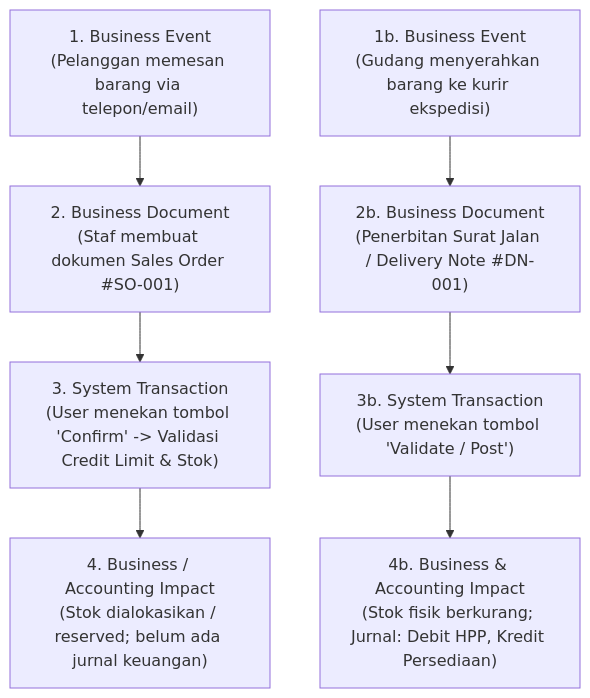
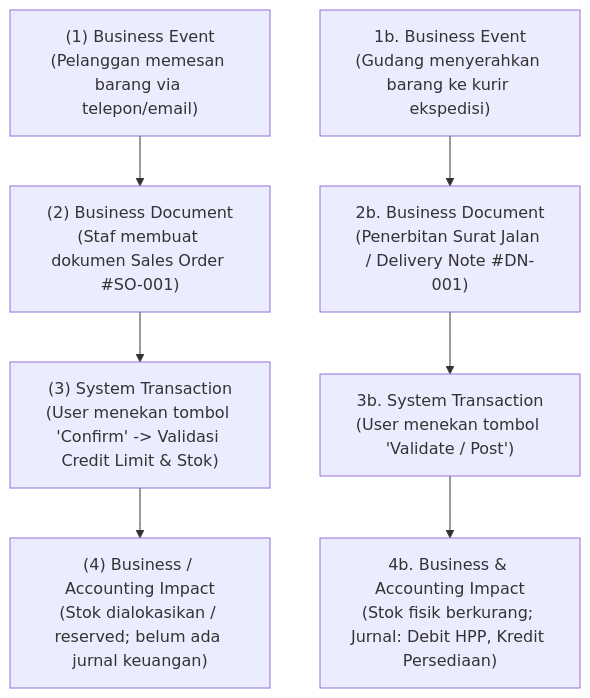
One commit to alimurrofid/erp-notes changed the first of 2 diagrams in content/00-fundamentals/documents-transactions-events.md. Above: the diagram before and after it, drawn with Mermaid. The commit also changed other lines of this file and 132 other files, not shown here.

````diff
--- a/content/00-fundamentals/documents-transactions-events.md
+++ b/content/00-fundamentals/documents-transactions-events.md
@@ -20,12 +20,12 @@
 ```mermaid
 flowchart TD
-    BE["1. Business Event<br/>(Pelanggan memesan barang via telepon/email)"]
-    --> BD["2. Business Document<br/>(Staf membuat dokumen Sales Order #SO-001)"]
-    --> TR["3. System Transaction<br/>(User menekan tombol 'Confirm' -> Validasi Credit Limit & Stok)"]
-    --> BI["4. Business / Accounting Impact<br/>(Stok dialokasikan / reserved; belum ada jurnal keuangan)"]
+    BE["(1) Business Event<br/>(Pelanggan memesan barang via telepon/email)"]
+    --> BD["(2) Business Document<br/>(Staf membuat dokumen Sales Order #SO-001)"]
+    --> TR["(3) System Transaction<br/>(User menekan tombol 'Confirm' -> Validasi Credit Limit & Stok)"]
+    --> BI["(4) Business / Accounting Impact<br/>(Stok dialokasikan / reserved; belum ada jurnal keuangan)"]
 
     BE2["1b. Business Event<br/>(Gudang menyerahkan barang ke kurir ekspedisi)"]
     --> BD2["2b. Business Document<br/>(Penerbitan Surat Jalan / Delivery Note #DN-001)"]
     --> TR2["3b. System Transaction<br/>(User menekan tombol 'Validate / Post')"]
     --> BI2["4b. Business & Accounting Impact<br/>(Stok fisik berkurang; Jurnal: Debit HPP, Kredit Persediaan)"]
 ```
````
